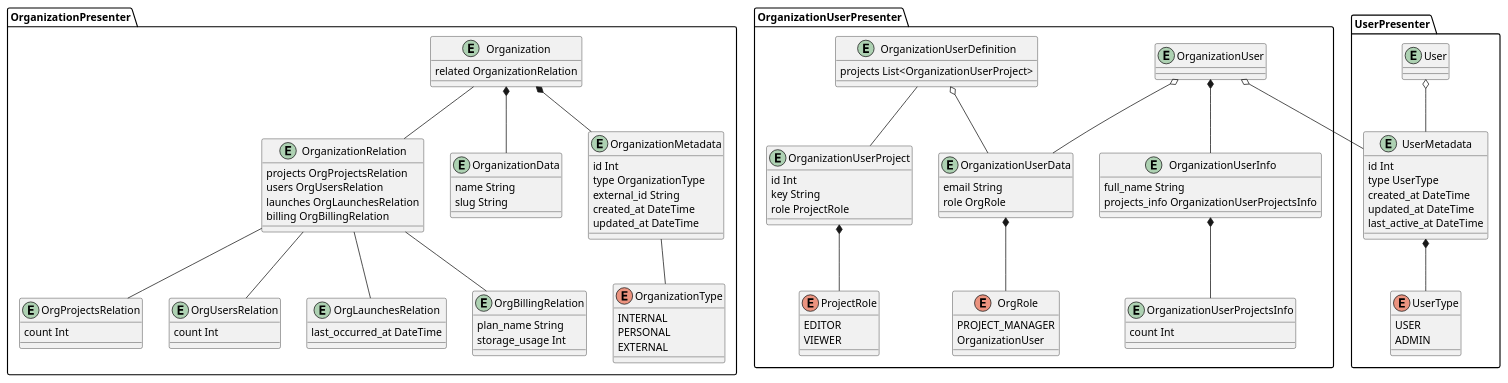
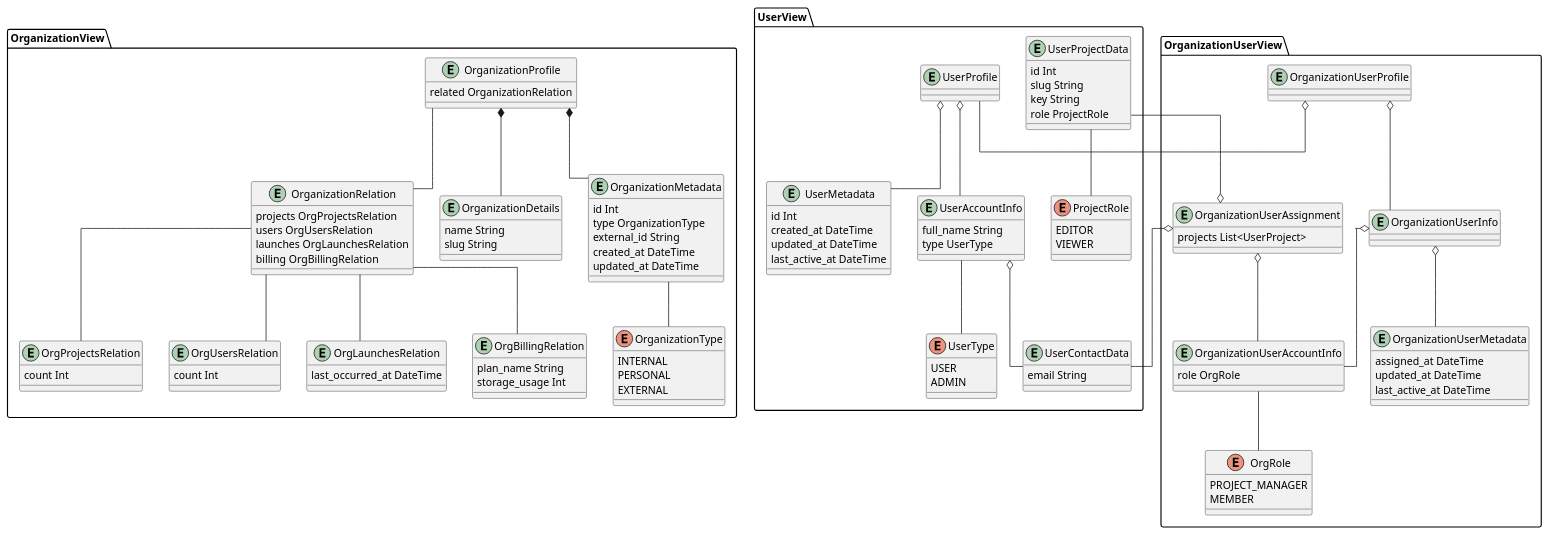
One commit to reportportal/api-registry changed the diagram in docs/organizations/orgnizations.puml. Above: the diagram before and after it, drawn with PlantUML. The commit also changed 8 other files, not shown here.

```diff
--- a/docs/organizations/orgnizations.puml
+++ b/docs/organizations/orgnizations.puml
@@ -5,129 +5,137 @@
 @startuml organizational-entities
 
-package OrganizationPresenter {
+skinparam linetype ortho
+
+package OrganizationView {
   
-  entity Organization {
+  entity OrganizationProfile {
     related OrganizationRelation
   }
   
-  entity OrganizationData {
+  entity OrganizationDetails {
     name String
     slug String
   }
-  Organization *-- OrganizationData
+  OrganizationProfile *-- OrganizationDetails
 
   entity OrganizationMetadata {
     id Int
     type OrganizationType
     external_id String
     created_at DateTime
     updated_at DateTime
   }
-  Organization *-- OrganizationMetadata
+  OrganizationProfile *-- OrganizationMetadata
 
   entity OrganizationRelation {
     projects OrgProjectsRelation
     users OrgUsersRelation
     launches OrgLaunchesRelation
     billing OrgBillingRelation
   }
-  OrganizationRelation -up- Organization
+  OrganizationRelation -up- OrganizationProfile
 
   entity OrgProjectsRelation {
     count Int
   }
   OrgProjectsRelation -up- OrganizationRelation
 
   entity OrgUsersRelation {
     count Int
   }
   OrgUsersRelation -up- OrganizationRelation
 
   entity OrgLaunchesRelation {
     last_occurred_at DateTime
   }
   OrgLaunchesRelation -up- OrganizationRelation
 
   entity OrgBillingRelation {
     plan_name String
     storage_usage Int
   }
   OrgBillingRelation -up- OrganizationRelation
 
   enum OrganizationType {
     INTERNAL
     PERSONAL
     EXTERNAL
   }
   OrganizationMetadata -- OrganizationType
-  
 }
 
-package OrganizationUserPresenter {
+package OrganizationUserView {
+  entity OrganizationUserProfile
+  entity OrganizationUserInfo
+  OrganizationUserInfo -up-o OrganizationUserProfile
 
-  entity OrganizationUser
-
-  entity OrganizationUserDefinition {
-    projects List<OrganizationUserProject>
+  entity OrganizationUserAssignment {
+    projects List<UserProject>
   }
 
-  entity OrganizationUserData {
-    email String
+  entity OrganizationUserAccountInfo {
     role OrgRole
   }
-  OrganizationUserData -up-o OrganizationUser
-  OrganizationUserData -up-o OrganizationUserDefinition
-
-  entity OrganizationUserInfo {
-    full_name String
-    projects_info OrganizationUserProjectsInfo
-  }
-  OrganizationUserInfo -up-* OrganizationUser
+  OrganizationUserAccountInfo -up-o OrganizationUserInfo
+  OrganizationUserAccountInfo -up-o OrganizationUserAssignment
 
   enum OrgRole {
     PROJECT_MANAGER
-    OrganizationUser
+    MEMBER
   }
-  OrgRole -up-* OrganizationUserData
+  OrgRole -up- OrganizationUserAccountInfo
 
-  entity OrganizationUserProjectsInfo {
-    count Int
+  entity OrganizationUserMetadata {
+    assigned_at DateTime
+    updated_at DateTime
+    last_active_at DateTime
   }
-  OrganizationUserProjectsInfo -up-* OrganizationUserInfo
+  OrganizationUserMetadata -up-o OrganizationUserInfo
+}
 
-  entity OrganizationUserProject {
+package UserView {
+  entity UserProfile
+  UserProfile --o OrganizationUserProfile
+
+  entity UserAccountInfo {
+    full_name String
+    type UserType
+  }
+  UserAccountInfo -up-o UserProfile
+
+  entity UserContactData {
+    email String
+  }
+  UserContactData -up-o UserAccountInfo
+  UserContactData -up-o OrganizationUserAssignment
+ 
+  entity UserMetadata {
     id Int
+    created_at DateTime
+    updated_at DateTime
+    last_active_at DateTime
+  }
+  UserMetadata -up-o UserProfile
+
+  enum UserType {
+    USER
+    ADMIN
+  }
+  UserType -up- UserAccountInfo
+
+  entity UserProjectData {
+    id Int
+    slug String
     key String
     role ProjectRole
   }
-  OrganizationUserProject -up- OrganizationUserDefinition
+  UserProjectData -up-o OrganizationUserAssignment
 
   enum ProjectRole {
     EDITOR
     VIEWER
   }
-  ProjectRole -up-* OrganizationUserProject
-}
-
-package UserPresenter {
-  entity User
-
-  entity UserMetadata {
-    id Int
-    type UserType
-    created_at DateTime
-    updated_at DateTime
-    last_active_at DateTime
-  }
-  UserMetadata -up-o OrganizationUser
-  UserMetadata -up-o User
-
-  enum UserType {
-    USER
-    ADMIN
-  }
-  UserType -up-* UserMetadata
-
+  ProjectRole -up- UserProjectData
 }
 
 @enduml
```
